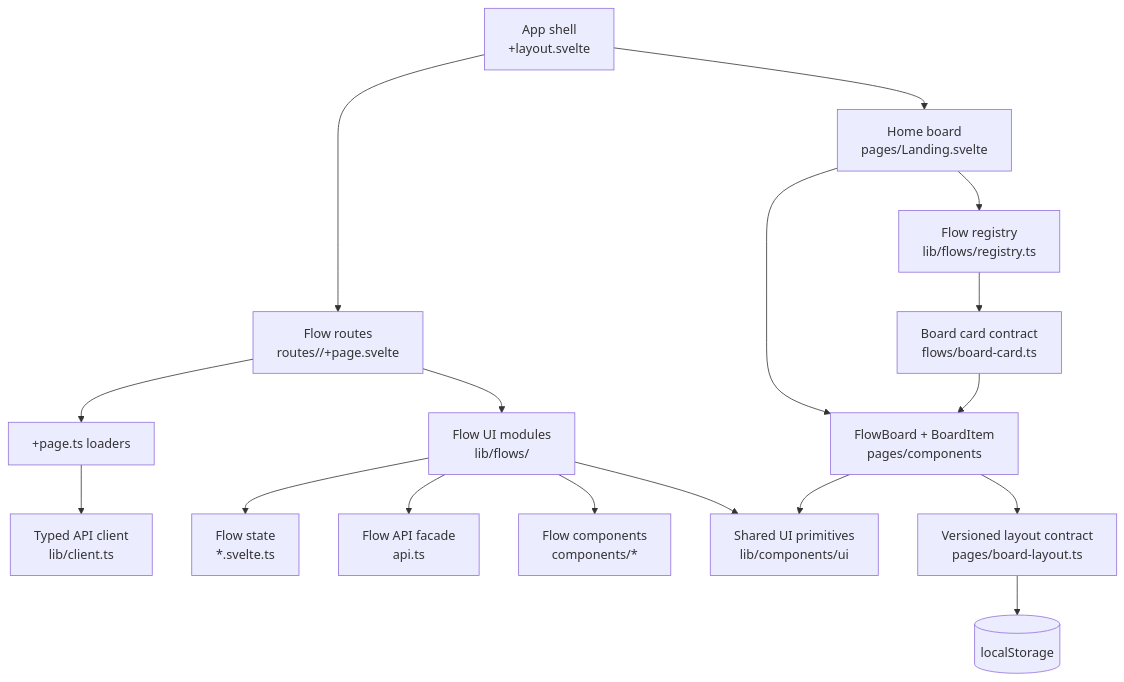
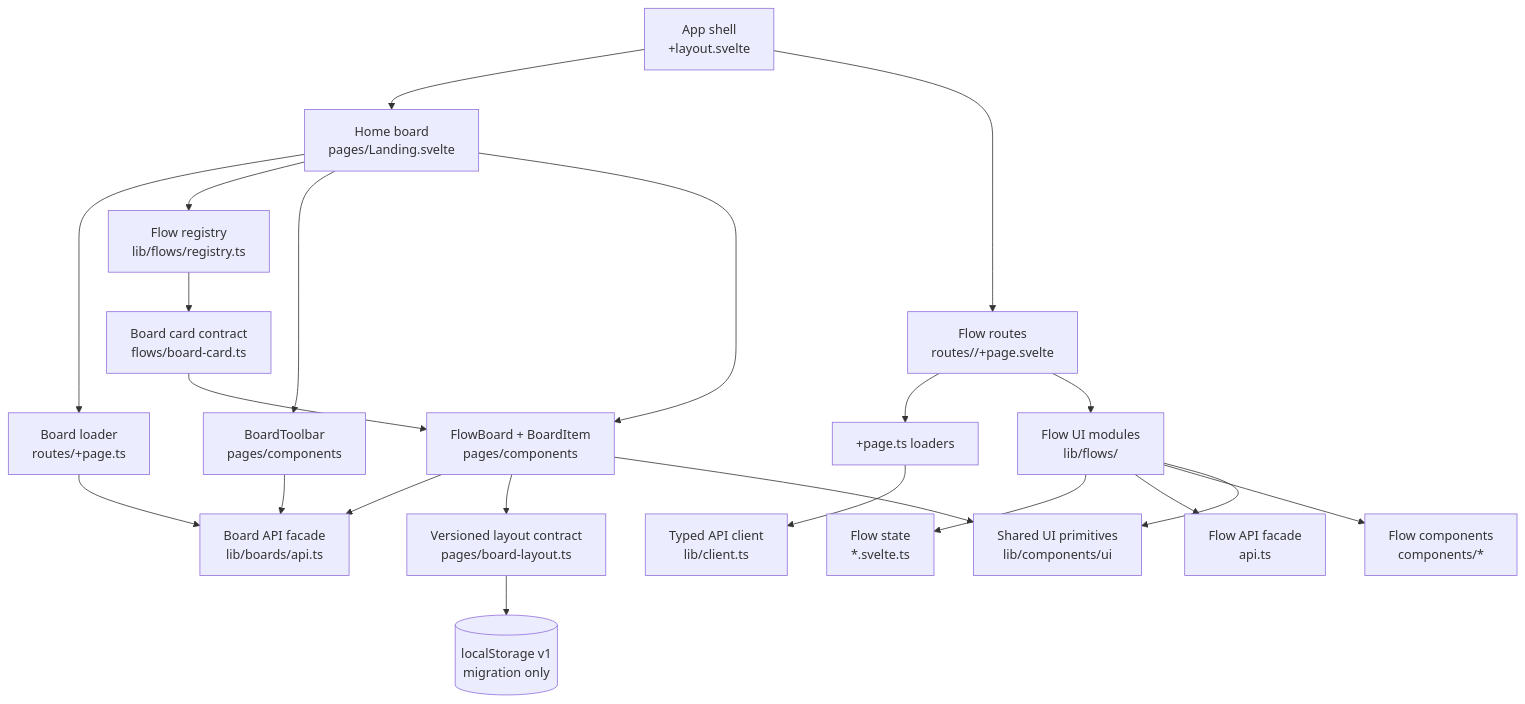
One commit to jorgesalica/flow-sample changed the second of 3 diagrams in docs/architecture/system-map.md. Above: the diagram before and after it, drawn with Mermaid. The commit also changed other lines of this file and 56 other files, not shown here.

````diff
--- a/docs/architecture/system-map.md
+++ b/docs/architecture/system-map.md
@@ -115,19 +123,24 @@
 ```mermaid
 flowchart TD
     shell["App shell\n+layout.svelte"] --> home["Home board\npages/Landing.svelte"]
+    home --> boardLoader["Board loader\nroutes/+page.ts"]
+    boardLoader --> boardApi["Board API facade\nlib/boards/api.ts"]
     shell --> flowRoutes["Flow routes\nroutes/<flow>/+page.svelte"]
     flowRoutes --> loaders["+page.ts loaders"]
     loaders --> apiClient["Typed API client\nlib/client.ts"]
     flowRoutes --> flowUi["Flow UI modules\nlib/flows/<flow>"]
     flowUi --> flowState["Flow state\n*.svelte.ts"]
     flowUi --> flowApi["Flow API facade\napi.ts"]
     flowUi --> flowComponents["Flow components\ncomponents/*"]
     flowUi --> sharedUi["Shared UI primitives\nlib/components/ui"]
     home --> registry["Flow registry\nlib/flows/registry.ts"]
+    home --> toolbar["BoardToolbar\npages/components"]
     home --> board["FlowBoard + BoardItem\npages/components"]
+    toolbar --> boardApi
+    board --> boardApi
     registry --> cardContract["Board card contract\nflows/board-card.ts"]
     cardContract --> board
     board --> layout["Versioned layout contract\npages/board-layout.ts"]
-    layout --> localStorage[("localStorage")]
+    layout --> localStorage[("localStorage v1\nmigration only")]
     board --> sharedUi
 ```
````
